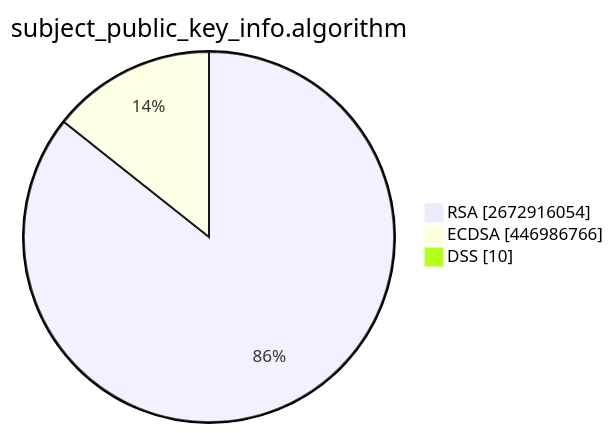
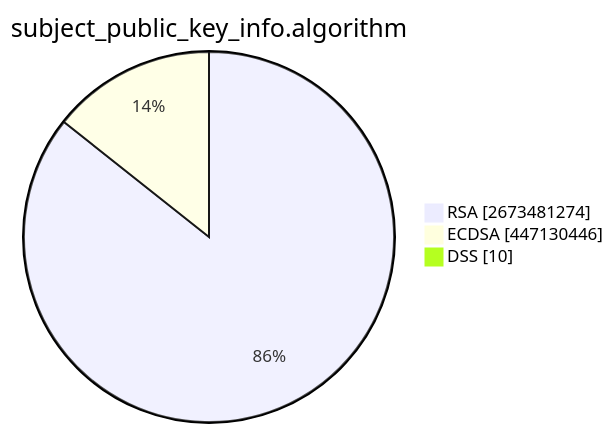
The second of 15 diagrams in TOTAL/README.md (christiankrug/ctmonitor_visualization), drawn with Mermaid before and after one commit. The commit also changed other lines of this file, not shown here.

````diff
--- a/TOTAL/README.md
+++ b/TOTAL/README.md
@@ -6,7 +6,7 @@
 ```mermaid
 pie showData
 title subject_public_key_info.algorithm
-"RSA" :2672916054
-"ECDSA" :446986766
+"RSA" :2673481274
+"ECDSA" :447130446
 "DSS" :10
 ```
````
